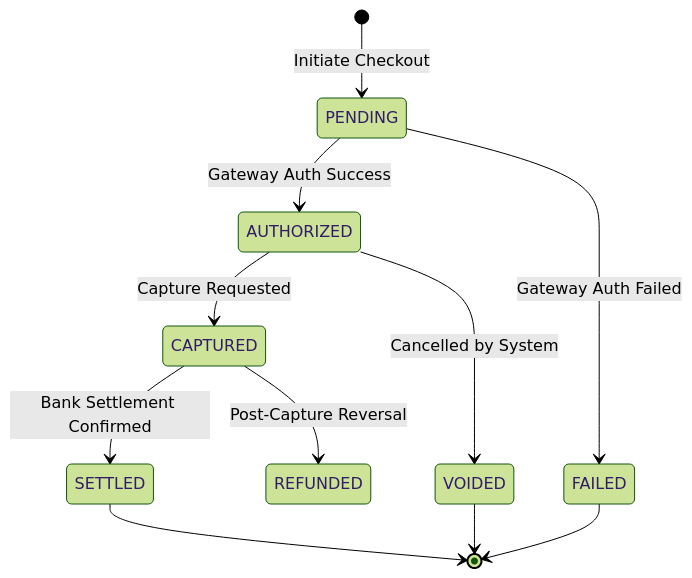
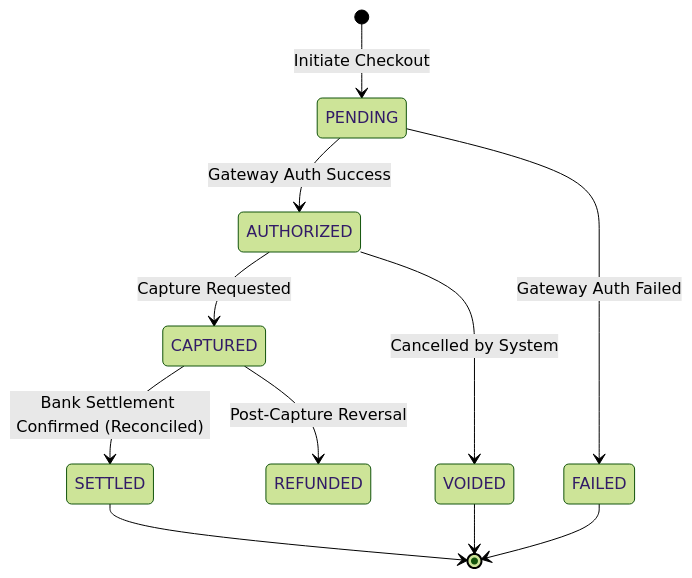
Before and after one commit to tuanhiep/tuanhiep.github.io: the diagram in content/posts/series_2/4.global_payment_gateway_reconciliation.md, drawn with Mermaid (forest theme). The commit also changed other lines of this file, not shown here.

Commit message:
Global Payment Gateway (4/4): Reconciliation & Settlement - The Architecture of Trust

````diff
--- a/content/posts/series_2/4.global_payment_gateway_reconciliation.md
+++ b/content/posts/series_2/4.global_payment_gateway_reconciliation.md
@@ -55,16 +51,16 @@
 ```mermaid
 stateDiagram-v2
     [*] --> PENDING: Initiate Checkout
     PENDING --> AUTHORIZED: Gateway Auth Success
     PENDING --> FAILED: Gateway Auth Failed
 
     AUTHORIZED --> CAPTURED: Capture Requested
     AUTHORIZED --> VOIDED: Cancelled by System
 
-    CAPTURED --> SETTLED: Bank Settlement Confirmed
+    CAPTURED --> SETTLED: Bank Settlement Confirmed (Reconciled)
     CAPTURED --> REFUNDED: Post-Capture Reversal
 
     SETTLED --> [*]
     FAILED --> [*]
     VOIDED --> [*]
 ```
````
